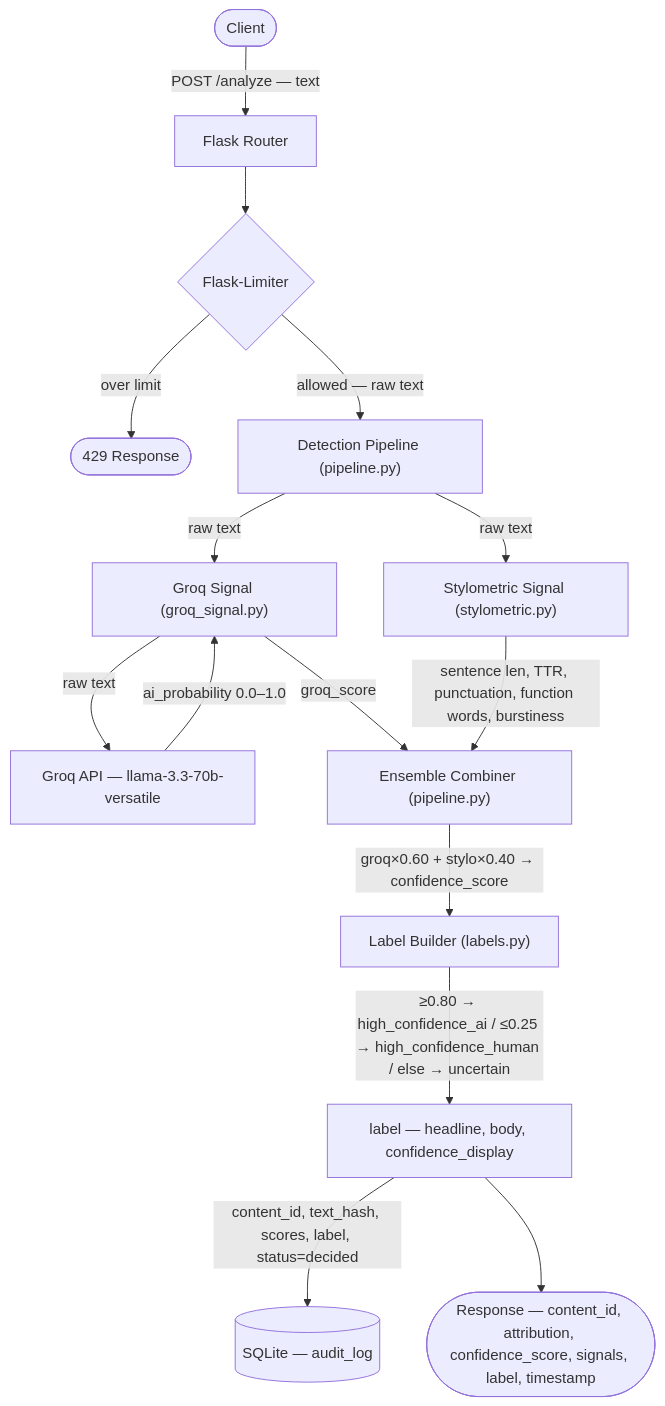
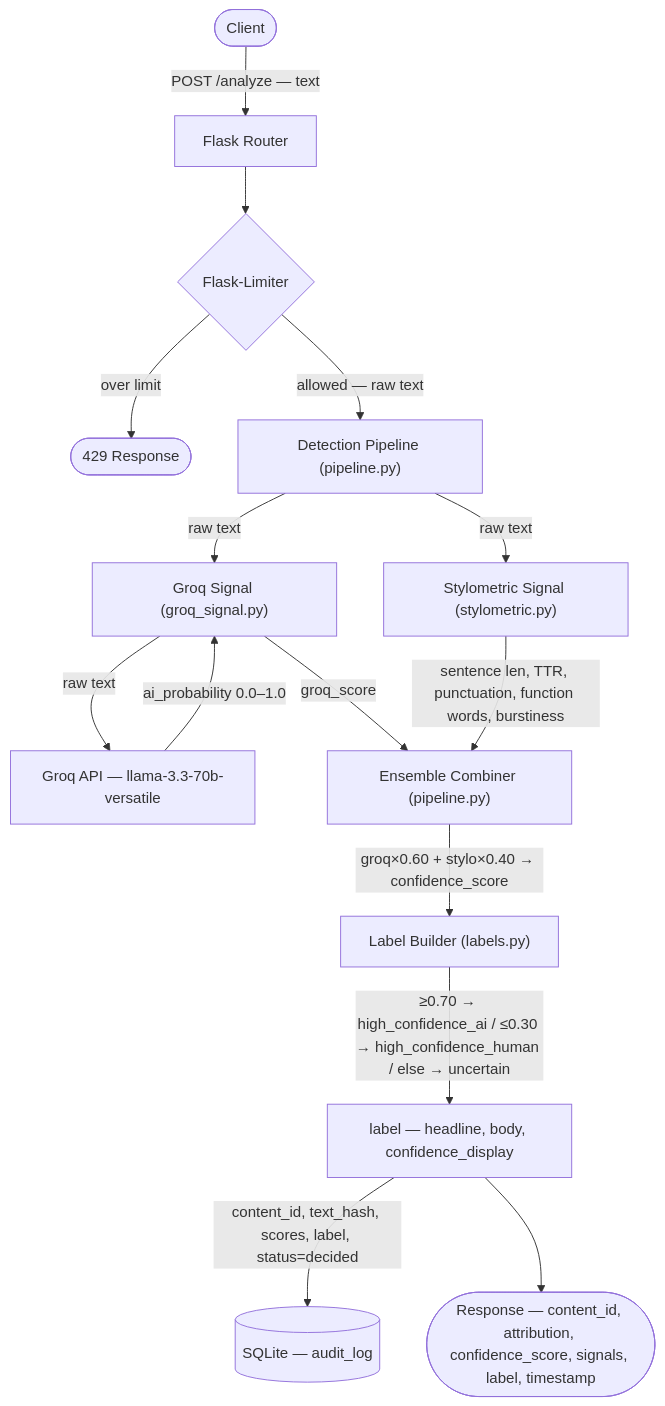
The first of 2 diagrams in planning.md (AbinavRamasamy/Provenance_Guard), drawn with Mermaid before and after one commit. The commit also changed other lines of this file and 1 other file, not shown here.

Commit message:
Update confidence score thresholds

````diff
--- a/planning.md
+++ b/planning.md
@@ -153,21 +153,21 @@
 ```mermaid
 flowchart TD
     A([Client]) -->|"POST /analyze — text"| B[Flask Router]
     B --> C{Flask-Limiter}
     C -->|over limit| D([429 Response])
     C -->|"allowed — raw text"| E["Detection Pipeline (pipeline.py)"]
 
     E -->|raw text| F["Groq Signal (groq_signal.py)"]
     F -->|raw text| G["Groq API — llama-3.3-70b-versatile"]
     G -->|"ai_probability 0.0–1.0"| F
     F -->|groq_score| H["Ensemble Combiner (pipeline.py)"]
 
     E -->|raw text| I["Stylometric Signal (stylometric.py)"]
     I -->|"sentence len, TTR, punctuation, function words, burstiness"| H
 
     H -->|"groq×0.60 + stylo×0.40 → confidence_score"| J["Label Builder (labels.py)"]
-    J -->|"≥0.80 → high_confidence_ai / ≤0.25 → high_confidence_human / else → uncertain"| K["label — headline, body, confidence_display"]
+    J -->|"≥0.70 → high_confidence_ai / ≤0.30 → high_confidence_human / else → uncertain"| K["label — headline, body, confidence_display"]
 
     K -->|"content_id, text_hash, scores, label, status=decided"| L[("SQLite — audit_log")]
     K --> M(["Response — content_id, attribution, confidence_score, signals, label, timestamp"])
 ```
````
